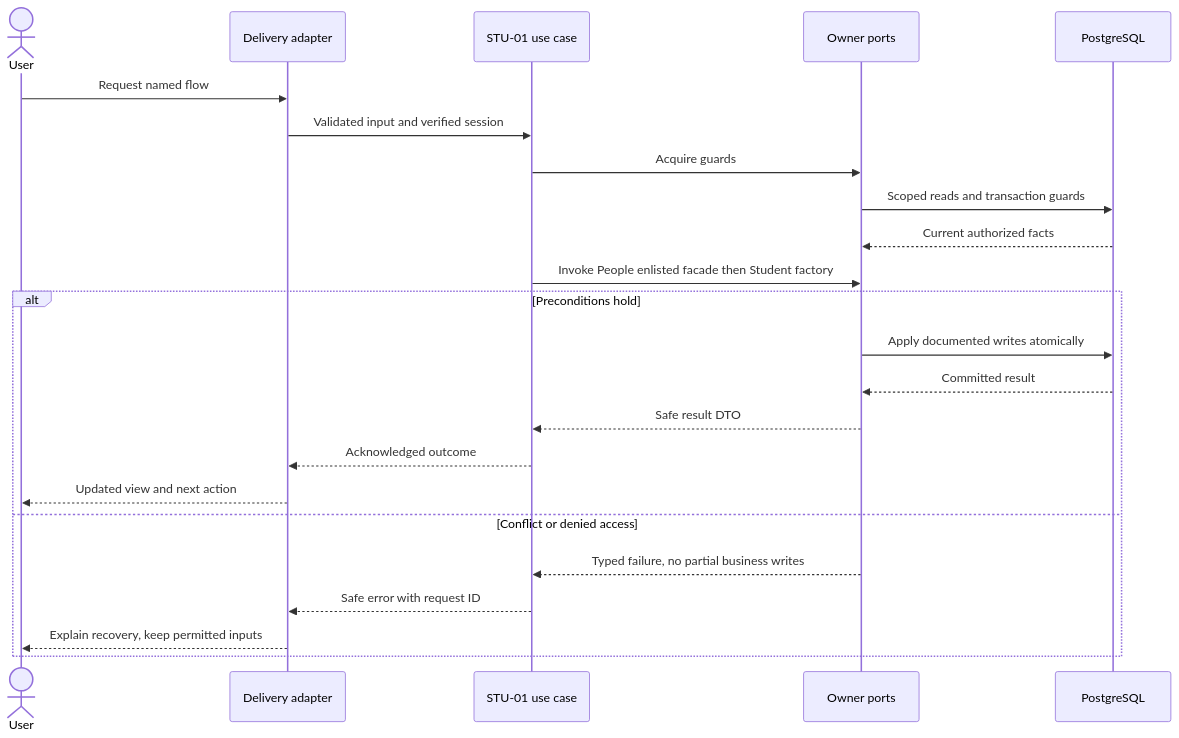
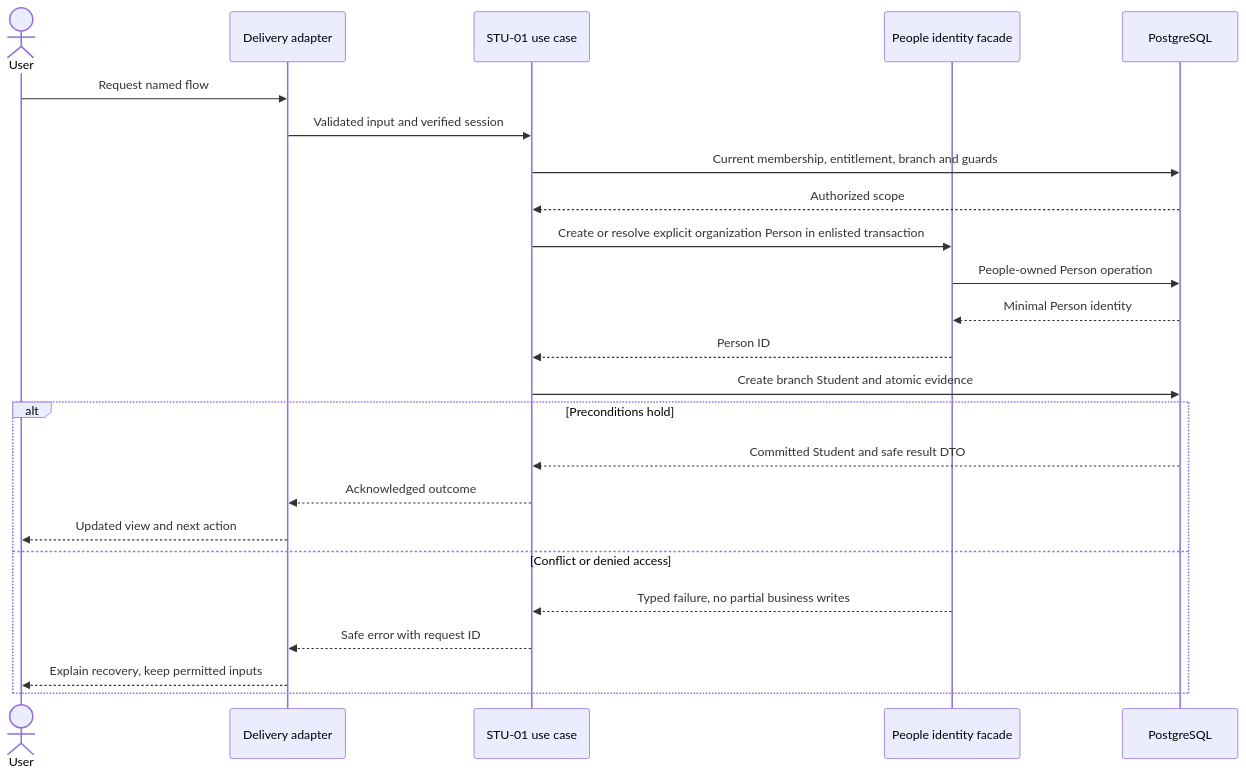
One commit to svenk15/vyapti_vschool changed the first of 3 diagrams in docs/modules/students/DESIGN.md. Above: the diagram before and after it, drawn with Mermaid. The commit also changed other lines of this file and 46 other files, not shown here.

````diff
--- a/docs/modules/students/DESIGN.md
+++ b/docs/modules/students/DESIGN.md
@@ -65,25 +65,26 @@
 ```mermaid
 sequenceDiagram
   actor U as User
   participant W as Delivery adapter
   participant A as STU-01 use case
-  participant P as Owner ports
+  participant P as People identity facade
   participant D as PostgreSQL
   U->>W: Request named flow
   W->>A: Validated input and verified session
-  A->>P: Acquire guards
-  P->>D: Scoped reads and transaction guards
-  D-->>P: Current authorized facts
-  A->>P: Invoke People enlisted facade then Student factory
+  A->>D: Current membership, entitlement, branch and guards
+  D-->>A: Authorized scope
+  A->>P: Create or resolve explicit organization Person in enlisted transaction
+  P->>D: People-owned Person operation
+  D-->>P: Minimal Person identity
+  P-->>A: Person ID
+  A->>D: Create branch Student and atomic evidence
   alt Preconditions hold
-    P->>D: Apply documented writes atomically
-    D-->>P: Committed result
-    P-->>A: Safe result DTO
+    D-->>A: Committed Student and safe result DTO
     A-->>W: Acknowledged outcome
     W-->>U: Updated view and next action
   else Conflict or denied access
     P-->>A: Typed failure, no partial business writes
     A-->>W: Safe error with request ID
     W-->>U: Explain recovery, keep permitted inputs
   end
 ```
````
